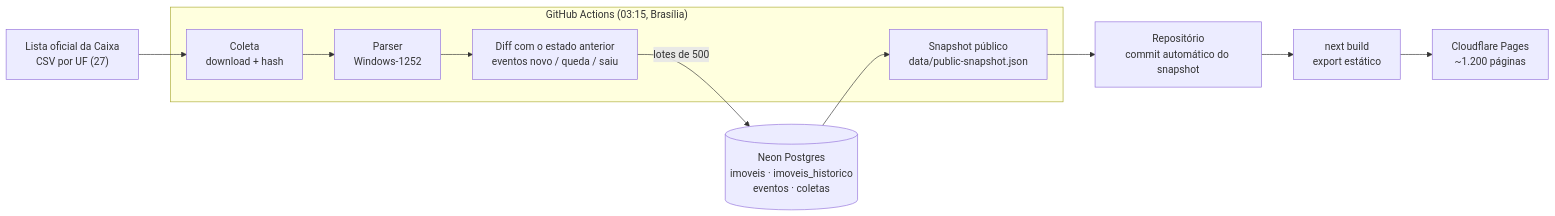
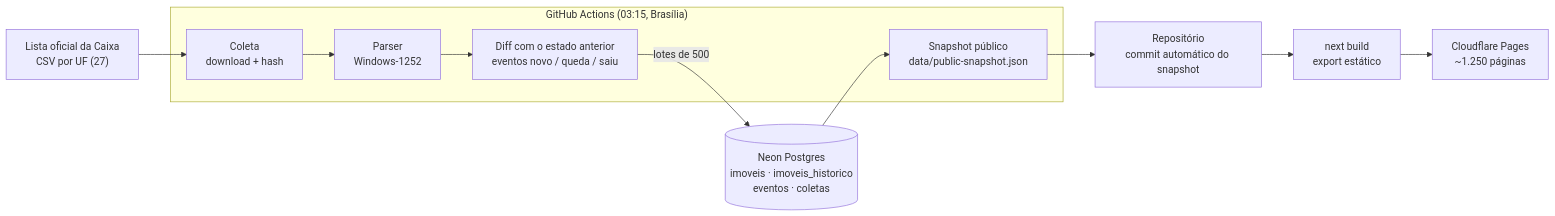
The diagram in docs/arquitetura.md (tarlisodoria/garimpo-imoveis), drawn with Mermaid before and after one commit. The commit also changed other lines of this file and 24 other files, not shown here.

````diff
--- a/docs/arquitetura.md
+++ b/docs/arquitetura.md
@@ -7,18 +7,18 @@
 ```mermaid
 flowchart LR
     caixa["Lista oficial da Caixa<br/>CSV por UF (27)"]
     subgraph actions["GitHub Actions (03:15, Brasília)"]
         coleta["Coleta<br/>download + hash"]
         parser["Parser<br/>Windows-1252"]
         diff["Diff com o estado anterior<br/>eventos novo / queda / saiu"]
         snapshot["Snapshot público<br/>data/public-snapshot.json"]
     end
     neon[("Neon Postgres<br/>imoveis · imoveis_historico<br/>eventos · coletas")]
     repo["Repositório<br/>commit automático do snapshot"]
     build["next build<br/>export estático"]
-    pages["Cloudflare Pages<br/>~1.200 páginas"]
+    pages["Cloudflare Pages<br/>~1.250 páginas"]
 
     caixa --> coleta --> parser --> diff
     diff -->|lotes de 500| neon
     neon --> snapshot --> repo --> build --> pages
 ```
````
